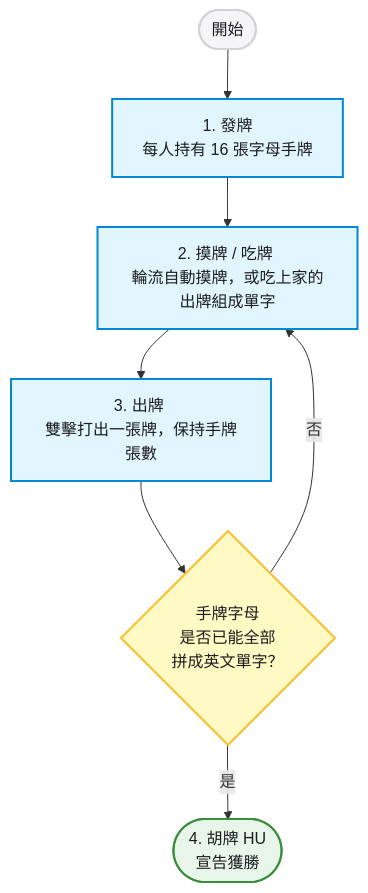
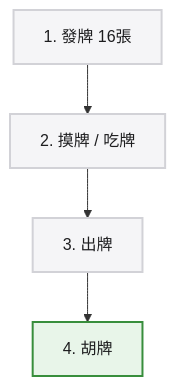
Before and after one commit to redbacon0423/english-mahjohn: the first of 2 diagrams in EXHIBITION.md, drawn with Mermaid. The commit also changed 3 other files, not shown here.

Commit message:
docs: simplify usage flowchart labels and regenerate images

````diff
--- a/EXHIBITION.md
+++ b/EXHIBITION.md
@@ -49,20 +49,10 @@
 ```mermaid
 flowchart TD
-    %% Define Styles
-    classDef startEnd fill:#f5f5f7,stroke:#d2d2d7,stroke-width:2px,color:#1d1d1f;
-    classDef process fill:#e1f5fe,stroke:#0288d1,stroke-width:2px,color:#1d1d1f;
-    classDef branch fill:#fff9c4,stroke:#fbc02d,stroke-width:2px,color:#1d1d1f;
+    classDef box fill:#f5f5f7,stroke:#d2d2d7,stroke-width:2px,color:#1d1d1f;
     classDef win fill:#e8f5e9,stroke:#388e3c,stroke-width:2px,color:#1d1d1f;
     
-    A([開始]) --> B[1. 發牌 <br/>每人持有 16 張字母手牌]
-    B --> C[2. 摸牌 / 吃牌 <br/>輪流自動摸牌，或吃上家的出牌組成單字]
-    C --> D[3. 出牌 <br/>雙擊打出一張牌，保持手牌張數]
-    D --> E{手牌字母<br/>是否已能全部<br/>拼成英文單字？}
-    E -->|否| C
-    E -->|是| F([4. 胡牌 HU <br/>宣告獲勝])
+    A[1. 發牌 16張] --> B[2. 摸牌 / 吃牌] --> C[3. 出牌] --> D[4. 胡牌]
     
-    class A,F startEnd;
-    class B,C,D process;
-    class E branch;
-    class F win;
+    class A,B,C box;
+    class D win;
 ```
````
